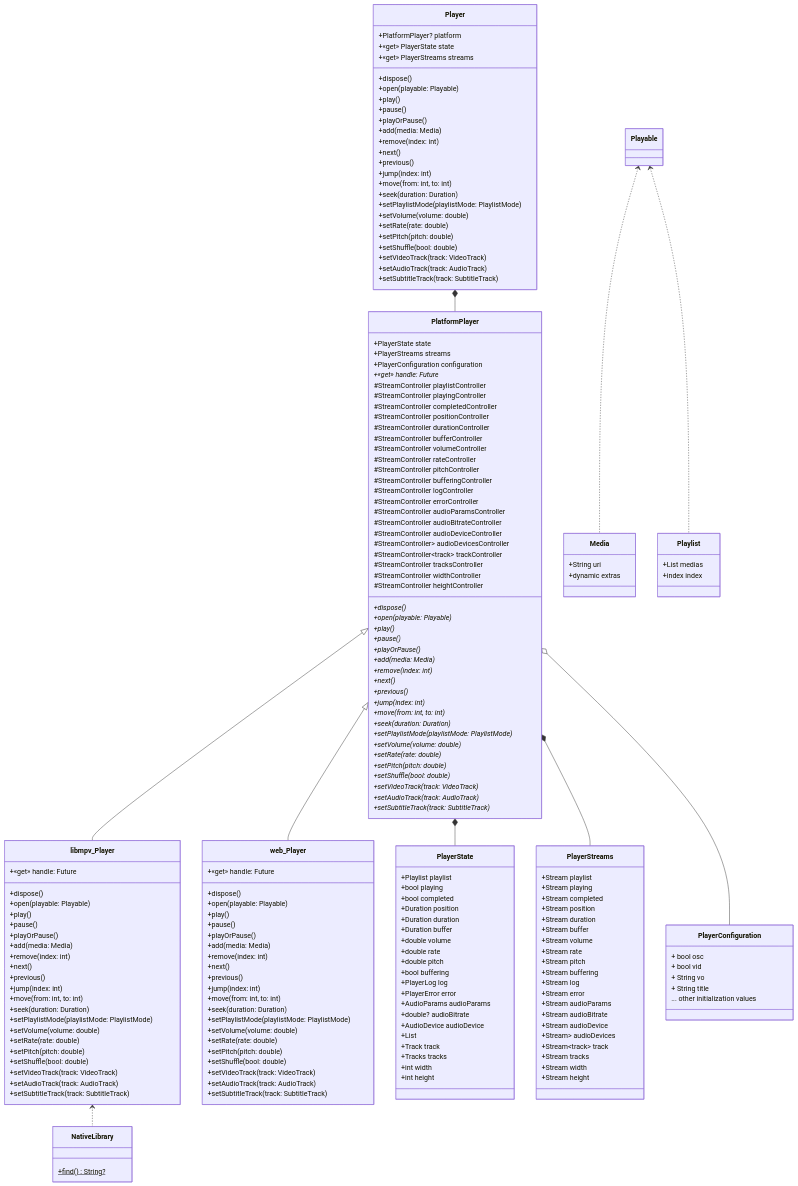
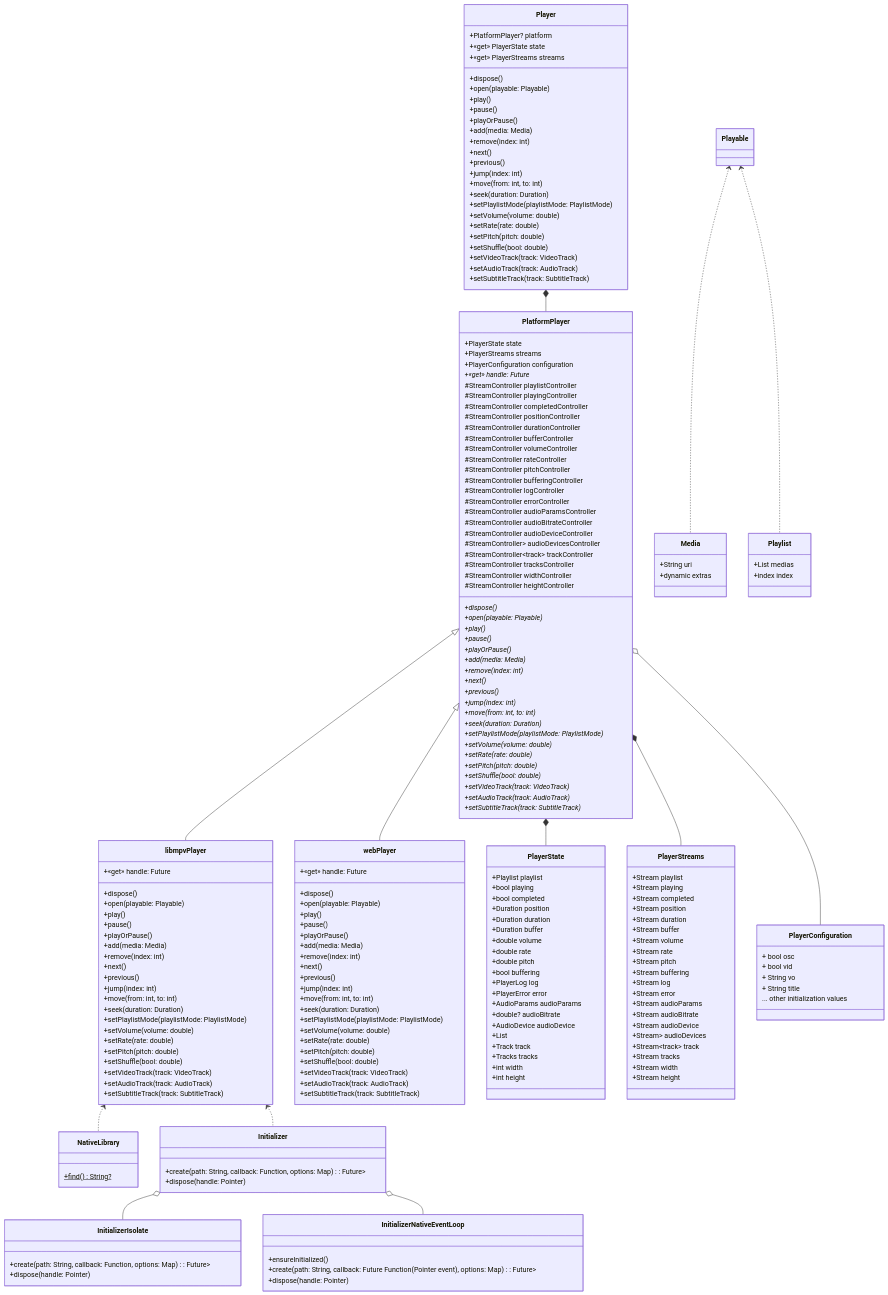
One commit to coolight7/media-kit changed the first of 4 diagrams in README.md. Above: the diagram before and after it, drawn with Mermaid. The commit also changed other lines of this file, not shown here.

Commit message:
docs: web documentation & update screenshots

```diff
--- a/README.md
+++ b/README.md
@@ -1543,17 +1564,36 @@
 classDiagram
 
   Player *-- PlatformPlayer
-  PlatformPlayer <|-- libmpv_Player
-  PlatformPlayer <|-- web_Player
+  PlatformPlayer <|-- libmpvPlayer
+  PlatformPlayer <|-- webPlayer
   PlatformPlayer *-- PlayerState
   PlatformPlayer *-- PlayerStreams
   PlatformPlayer o-- PlayerConfiguration
 
-  libmpv_Player <.. NativeLibrary
+  libmpvPlayer <.. NativeLibrary
+  libmpvPlayer <.. Initializer
+  Initializer o-- InitializerIsolate
+  Initializer o-- InitializerNativeEventLoop
   
   Playable <.. Media
   Playable <.. Playlist
-  
+
+  class Initializer {
+    +create(path: String, callback: Function, options: Map<String, String>): Future<Pointer<mpv_handle>>
+    +dispose(handle: Pointer<mpv_handle>)
+  }
+
+  class InitializerIsolate {
+    +create(path: String, callback: Function, options: Map<String, String>): Future<Pointer<mpv_handle>>
+    +dispose(handle: Pointer<mpv_handle>)
+  }
+
+  class InitializerNativeEventLoop {
+    +ensureInitialized()
+    +create(path: String, callback: Future<void> Function(Pointer<mpv_event> event), options: Map<String, String>): Future<Pointer<mpv_handle>>
+    +dispose(handle: Pointer<mpv_handle>)
+  }
+
   class Playable {
   }
   
@@ -1699,7 +1739,7 @@
     #StreamController<int> heightController
   }
 
-  class libmpv_Player {
+  class libmpvPlayer {
     +dispose()
     +open(playable: Playable)
     +play()
@@ -1724,7 +1764,7 @@
     +«get» handle: Future<int>
   }
   
-  class web_Player {
+  class webPlayer {
     +dispose()
     +open(playable: Playable)
     +play()
```
